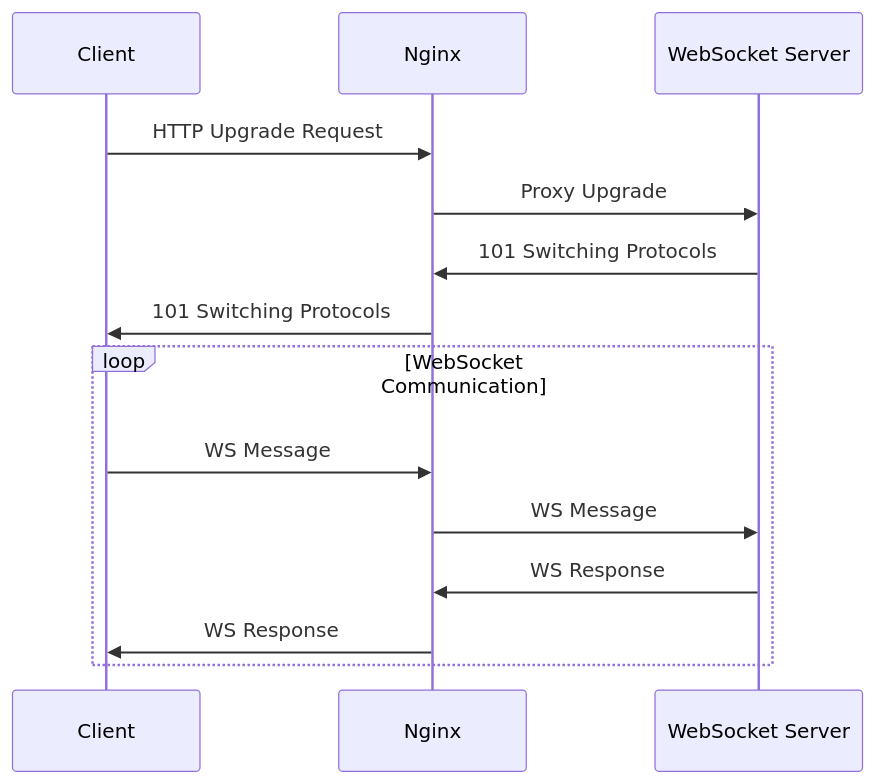
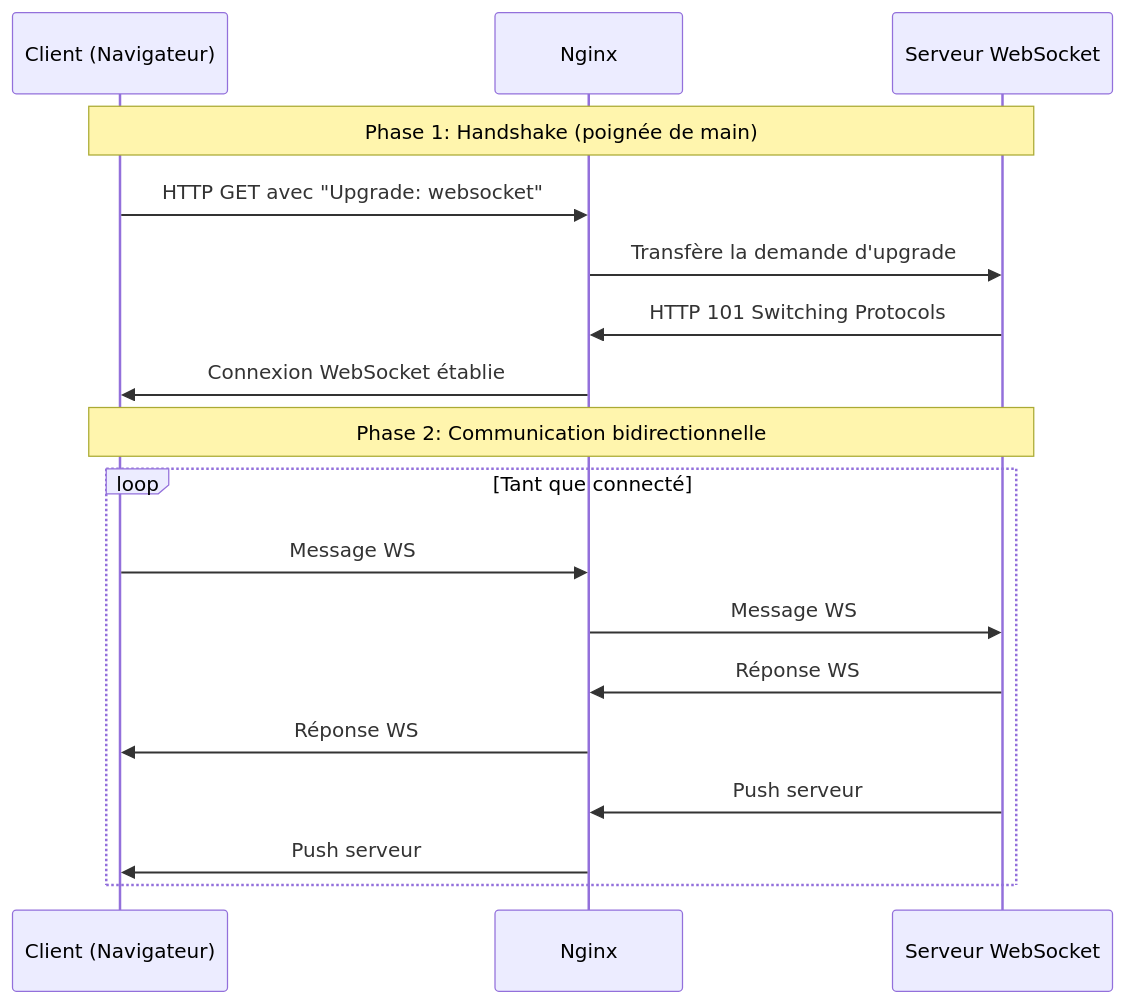
The fifth of 6 diagrams in 04-docker-swarm-nginx/9-nginx-reverse-proxy.md (haythem-rehouma/deploiement-de-solutions-de-donnees), drawn with Mermaid before and after one commit. The commit also changed other lines of this file and 9 other files, not shown here.

````diff
--- a/04-docker-swarm-nginx/9-nginx-reverse-proxy.md
+++ b/04-docker-swarm-nginx/9-nginx-reverse-proxy.md
@@ -378,18 +448,22 @@
 ```mermaid
 sequenceDiagram
-    participant C as Client
+    participant C as Client (Navigateur)
     participant N as Nginx
-    participant W as WebSocket Server
+    participant W as Serveur WebSocket
     
-    C->>N: HTTP Upgrade Request
-    N->>W: Proxy Upgrade
-    W->>N: 101 Switching Protocols
-    N->>C: 101 Switching Protocols
+    Note over C,W: Phase 1: Handshake (poignée de main)
+    C->>N: HTTP GET avec "Upgrade: websocket"
+    N->>W: Transfère la demande d'upgrade
+    W->>N: HTTP 101 Switching Protocols
+    N->>C: Connexion WebSocket établie
     
-    loop WebSocket Communication
-        C->>N: WS Message
-        N->>W: WS Message
-        W->>N: WS Response
-        N->>C: WS Response
+    Note over C,W: Phase 2: Communication bidirectionnelle
+    loop Tant que connecté
+        C->>N: Message WS
+        N->>W: Message WS
+        W->>N: Réponse WS
+        N->>C: Réponse WS
+        W->>N: Push serveur
+        N->>C: Push serveur
     end
 ```
````
